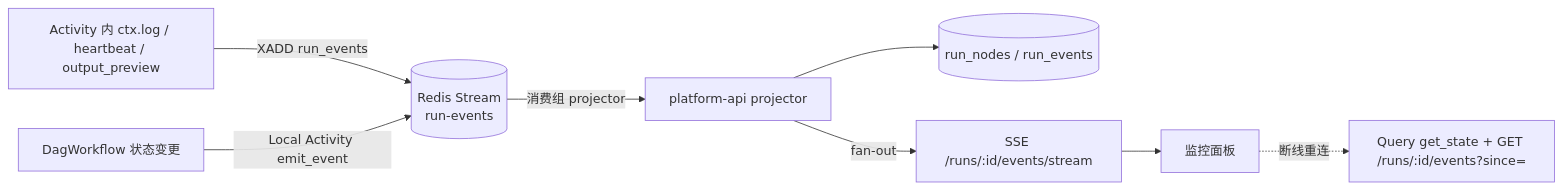
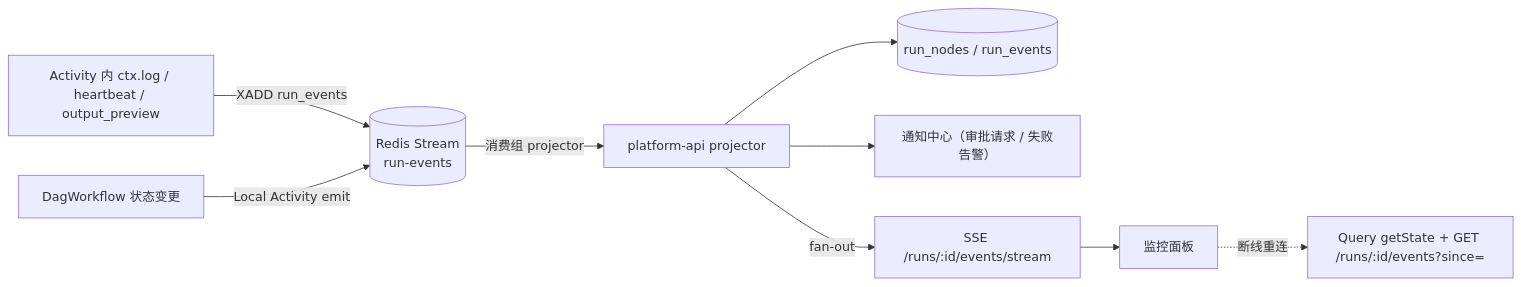
Before and after one commit to so6662001/AIFoundationNew: the diagram in docs/03-DAG解析器与Temporal-Workflow设计.md, drawn with Mermaid. The commit also changed other lines of this file and 13 other files, not shown here.

````diff
--- a/docs/03-DAG解析器与Temporal-Workflow设计.md
+++ b/docs/03-DAG解析器与Temporal-Workflow设计.md
@@ -270,10 +305,11 @@
 ```mermaid
 flowchart LR
   A["Activity 内 ctx.log / heartbeat / output_preview"] -->|XADD run_events| R[("Redis Stream<br/>run-events")]
-  W["DagWorkflow 状态变更"] -->|Local Activity emit_event| R
+  W["DagWorkflow 状态变更"] -->|Local Activity emit| R
   R -->|消费组 projector| P["platform-api projector"]
   P --> DB[("run_nodes / run_events")]
+  P --> N["通知中心（审批请求 / 失败告警）"]
   S["SSE /runs/:id/events/stream"] --> FE["监控面板"]
   P -->|fan-out| S
-  FE -.断线重连.-> Q["Query get_state + GET /runs/:id/events?since="]
+  FE -.断线重连.-> Q["Query getState + GET /runs/:id/events?since="]
 ```
````
